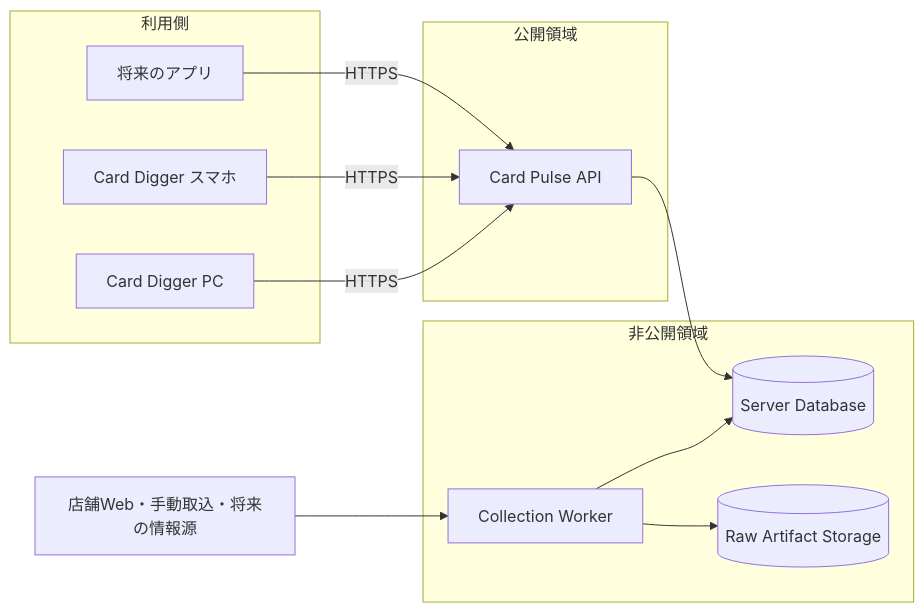
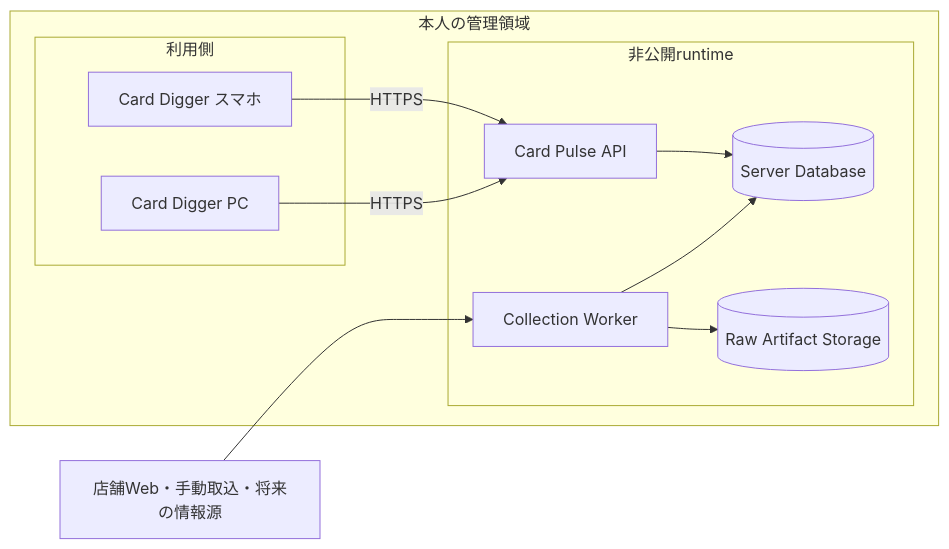
The first of 3 diagrams in docs/architecture/overview.md (mgmaru/card-pulse), drawn with Mermaid before and after one commit. The commit also changed other lines of this file and 17 other files, not shown here.

````diff
--- a/docs/architecture/overview.md
+++ b/docs/architecture/overview.md
@@ -11,26 +11,22 @@
 ```mermaid
 flowchart LR
-    subgraph Clients[利用側]
+    subgraph Owner[本人の管理領域]
+      subgraph Clients[利用側]
         PC[Card Digger PC]
         Mobile[Card Digger スマホ]
-        Other[将来のアプリ]
-    end
-
-    subgraph Public[公開領域]
+      end
+      subgraph Private[非公開runtime]
         API[Card Pulse API]
-    end
-
-    subgraph Private[非公開領域]
         Worker[Collection Worker]
         DB[(Server Database)]
         Artifacts[(Raw Artifact Storage)]
+      end
     end
 
     Sources[店舗Web・手動取込・将来の情報源] --> Worker
     Worker --> Artifacts
     Worker --> DB
     PC -->|HTTPS| API
     Mobile -->|HTTPS| API
-    Other -->|HTTPS| API
     API --> DB
 ```
````
